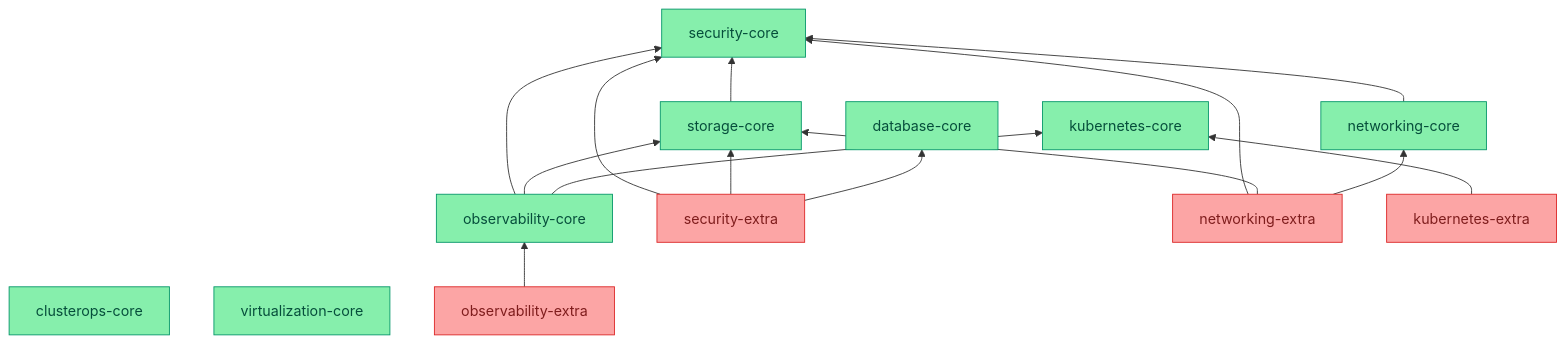
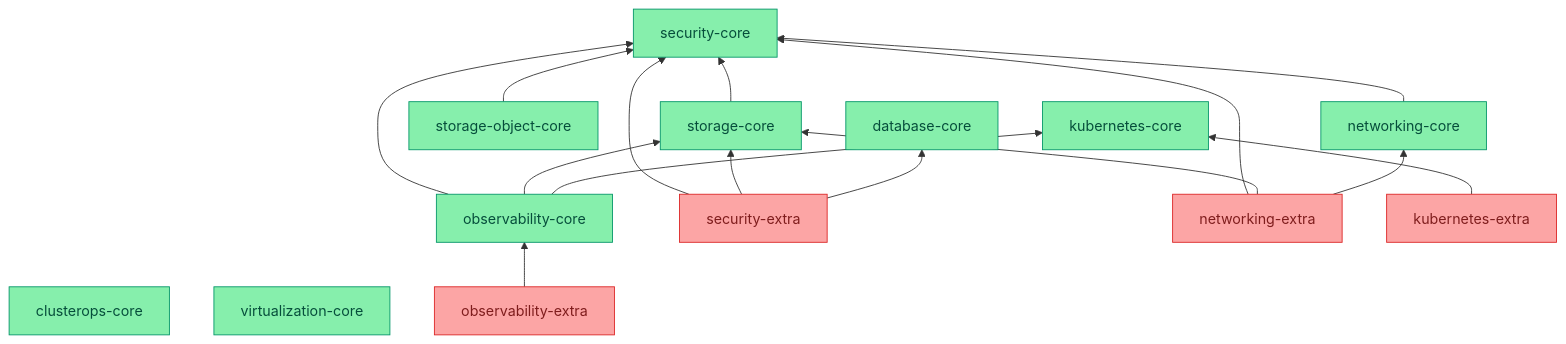
One commit to ppat/homelab-ops-kubernetes-apps changed the diagram in infrastructure/README.md. Above: the diagram before and after it, drawn with Mermaid. The commit also changed other lines of this file and 15 other files, not shown here.

````diff
--- a/infrastructure/README.md
+++ b/infrastructure/README.md
@@ -22,42 +22,43 @@
 ```mermaid
 flowchart BT
     %% Color scheme for better contrast in light/dark themes
     classDef core fill:#86efac,stroke:#059669,color:#064e3b
     classDef extra fill:#fca5a5,stroke:#dc2626,color:#7f1d1d
 
     %% Layer 1 - Root
     security-core[security-core]:::core
 
     %% Layer 2 - Direct Dependencies
     storage-core[storage-core]:::core
+    storage-object-core[storage-object-core]:::core
     networking-core[networking-core]:::core
     observability-core[observability-core]:::core
     database-core[database-core]:::core
 
     %% Layer 3 - Extended Components
     kubernetes-core[kubernetes-core]:::core
     clusterops-core[clusterops-core]:::core
     virtualization-core[virtualization-core]:::core
     security-extra[security-extra]:::extra
     networking-extra[networking-extra]:::extra
     kubernetes-extra[kubernetes-extra]:::extra
     observability-extra[observability-extra]:::extra
 
     %% Dependencies - Organized by layers
-    storage-core & networking-core & observability-core --> security-core
+    storage-core & storage-object-core & networking-core & observability-core --> security-core
     observability-core --> storage-core
     observability-core --> kubernetes-core
 
     %% Extra module dependencies - Minimizing crossings
     security-extra --> security-core
     security-extra --> storage-core
     security-extra --> database-core
 
     networking-extra --> security-core
     networking-extra --> storage-core
     networking-extra --> networking-core
 
     observability-extra --> observability-core
 
     kubernetes-extra --> kubernetes-core
 ```
````
